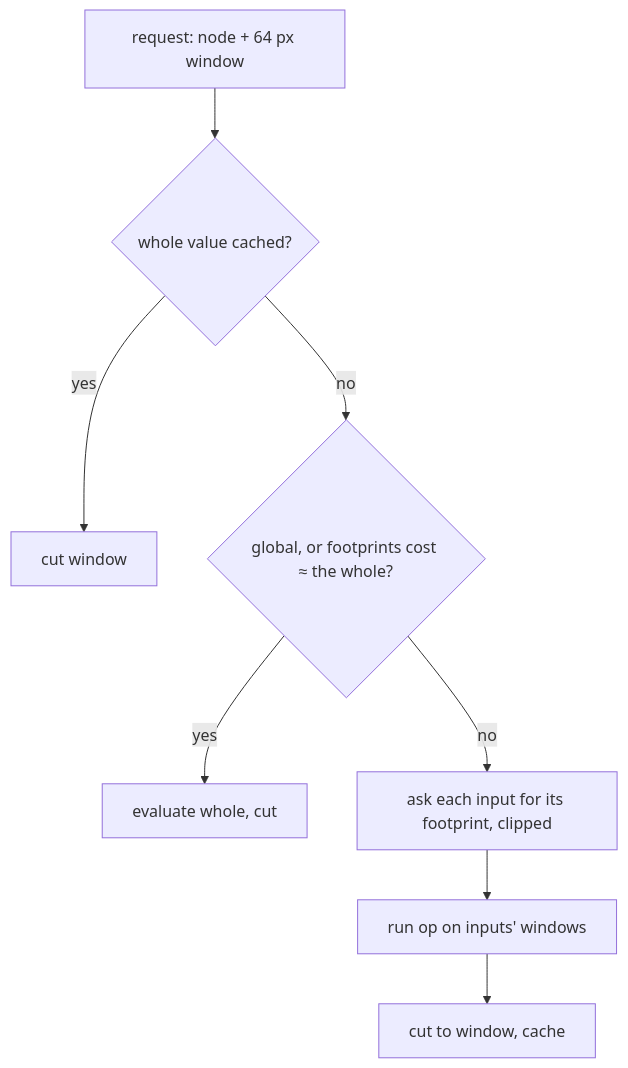
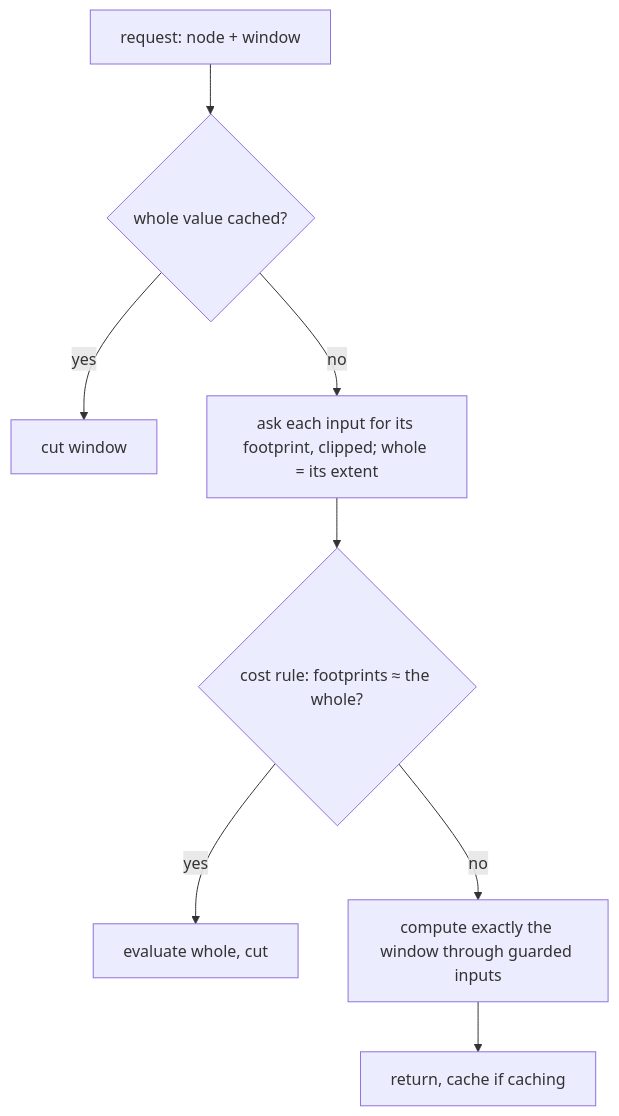
The diagram in Research/Software Architecture Garden/general/agent-operated-engines/04-reach-declared-region-evaluation.md (go-go-golems/go-go-parc), drawn with Mermaid before and after one commit. The commit also changed other lines of this file and 22 other files, not shown here.

````diff
--- a/Research/Software Architecture Garden/general/agent-operated-engines/04-reach-declared-region-evaluation.md
+++ b/Research/Software Architecture Garden/general/agent-operated-engines/04-reach-declared-region-evaluation.md
@@ -139,10 +147,10 @@
 ```mermaid
 flowchart TB
-  R[request: node + 64 px window] --> C{whole value cached?}
+  R[request: node + window] --> C{whole value cached?}
   C -->|yes| X[cut window]
-  C -->|no| G{global, or footprints cost ≈ the whole?}
+  C -->|no| P[ask each input for its footprint, clipped; whole = its extent]
+  P --> G{cost rule: footprints ≈ the whole?}
   G -->|yes| W[evaluate whole, cut]
-  G -->|no| P[ask each input for its footprint, clipped]
-  P --> O[run op on inputs' windows]
-  O --> K[cut to window, cache]
+  G -->|no| O[compute exactly the window through guarded inputs]
+  O --> K[return, cache if caching]
 ```
````
